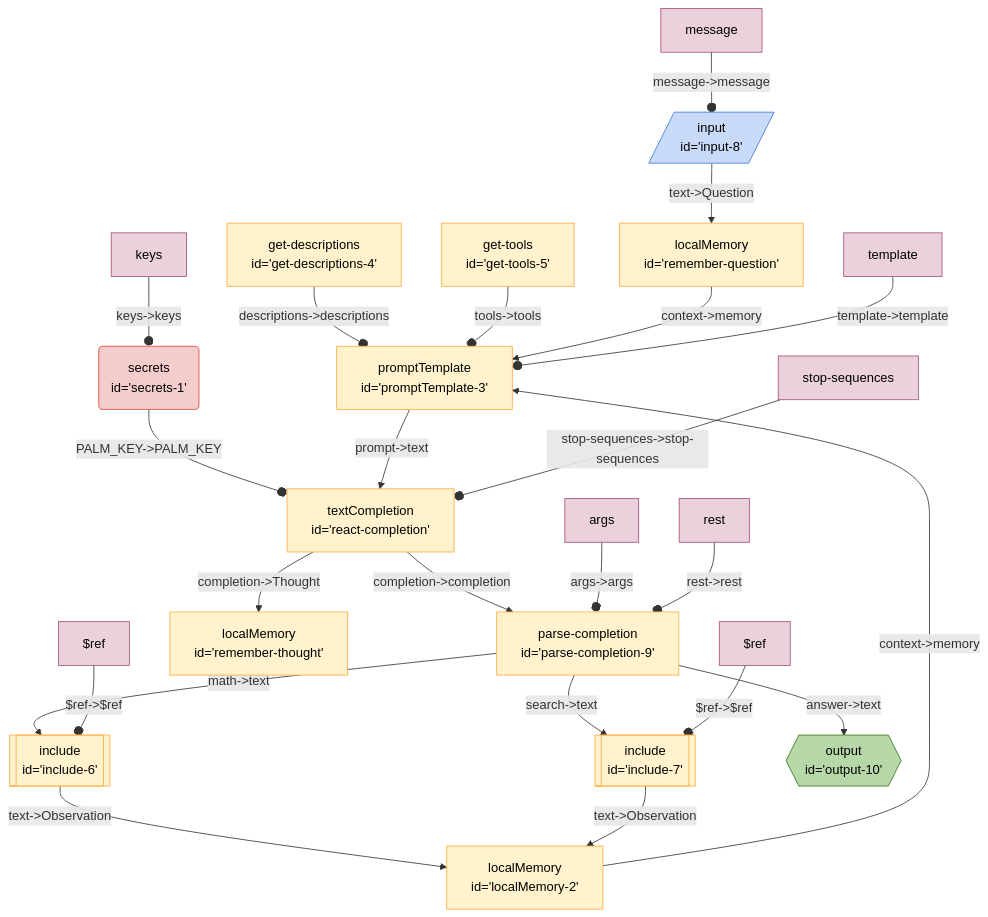
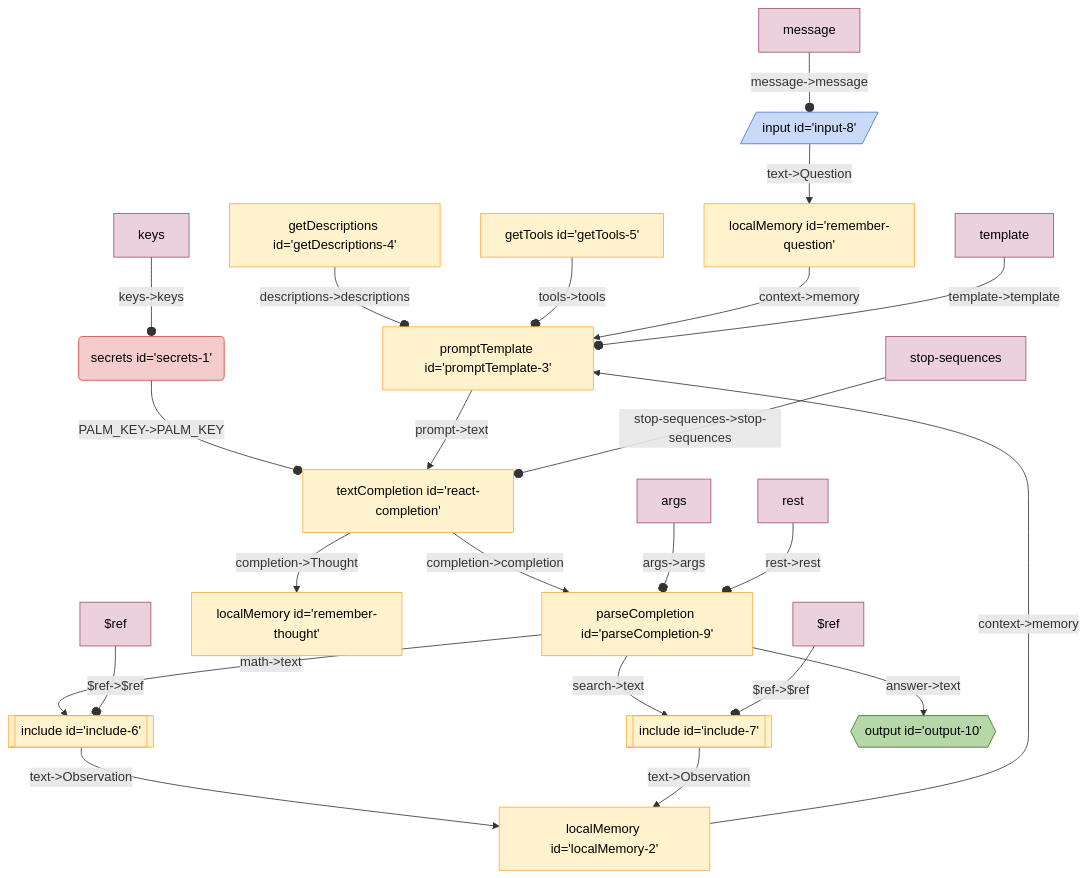
Before and after one commit to breadboard-ai/breadboard: the diagram in seeds/graph-playground/docs/graphs/react-with-include.md, drawn with Mermaid. The commit also changed 17 other files, not shown here.

Commit message:
nit: remove extranous line break in mermaid sources

````diff
--- a/seeds/graph-playground/docs/graphs/react-with-include.md
+++ b/seeds/graph-playground/docs/graphs/react-with-include.md
@@ -5,62 +5,34 @@
   ```mermaid
   %%{init: 'themeVariables': { 'fontFamily': 'Fira Code, monospace' }}%%
 graph TD;
-getdescriptions4["get-descriptions
-id='get-descriptions-4'"] -- "descriptions->descriptions" --o promptTemplate3["promptTemplate
-id='promptTemplate-3'"]
-gettools5["get-tools
-id='get-tools-5'"] -- "tools->tools" --o promptTemplate3["promptTemplate
-id='promptTemplate-3'"]
-localMemory2["localMemory
-id='localMemory-2'"] -- "context->memory" --> promptTemplate3["promptTemplate
-id='promptTemplate-3'"]
-secrets1("secrets
-id='secrets-1'"):::secrets -- "PALM_KEY->PALM_KEY" --o reactcompletion["textCompletion
-id='react-completion'"]
-include6[["include
-id='include-6'"]]:::include -- "text->Observation" --> localMemory2["localMemory
-id='localMemory-2'"]
-include7[["include
-id='include-7'"]]:::include -- "text->Observation" --> localMemory2["localMemory
-id='localMemory-2'"]
-parsecompletion9["parse-completion
-id='parse-completion-9'"] -- "search->text" --> include7[["include
-id='include-7'"]]:::include
-parsecompletion9["parse-completion
-id='parse-completion-9'"] -- "math->text" --> include6[["include
-id='include-6'"]]:::include
-parsecompletion9["parse-completion
-id='parse-completion-9'"] -- "answer->text" --> output10{{"output
-id='output-10'"}}:::output
-reactcompletion["textCompletion
-id='react-completion'"] -- "completion->completion" --> parsecompletion9["parse-completion
-id='parse-completion-9'"]
-reactcompletion["textCompletion
-id='react-completion'"] -- "completion->Thought" --> rememberthought["localMemory
-id='remember-thought'"]
-promptTemplate3["promptTemplate
-id='promptTemplate-3'"] -- "prompt->text" --> reactcompletion["textCompletion
-id='react-completion'"]
-rememberquestion["localMemory
-id='remember-question'"] -- "context->memory" --> promptTemplate3["promptTemplate
-id='promptTemplate-3'"]
-input8[/"input
-id='input-8'"/]:::input -- "text->Question" --> rememberquestion["localMemory
-id='remember-question'"]
+getDescriptions4["getDescriptions id='getDescriptions-4'"] -- "descriptions->descriptions" --o promptTemplate3["promptTemplate id='promptTemplate-3'"]
+getTools5["getTools id='getTools-5'"] -- "tools->tools" --o promptTemplate3["promptTemplate id='promptTemplate-3'"]
+localMemory2["localMemory id='localMemory-2'"] -- "context->memory" --> promptTemplate3["promptTemplate id='promptTemplate-3'"]
+secrets1("secrets id='secrets-1'"):::secrets -- "PALM_KEY->PALM_KEY" --o reactcompletion["textCompletion id='react-completion'"]
+include6[["include id='include-6'"]]:::include -- "text->Observation" --> localMemory2["localMemory id='localMemory-2'"]
+include7[["include id='include-7'"]]:::include -- "text->Observation" --> localMemory2["localMemory id='localMemory-2'"]
+parseCompletion9["parseCompletion id='parseCompletion-9'"] -- "search->text" --> include7[["include id='include-7'"]]:::include
+parseCompletion9["parseCompletion id='parseCompletion-9'"] -- "math->text" --> include6[["include id='include-6'"]]:::include
+parseCompletion9["parseCompletion id='parseCompletion-9'"] -- "answer->text" --> output10{{"output id='output-10'"}}:::output
+reactcompletion["textCompletion id='react-completion'"] -- "completion->completion" --> parseCompletion9["parseCompletion id='parseCompletion-9'"]
+reactcompletion["textCompletion id='react-completion'"] -- "completion->Thought" --> rememberthought["localMemory id='remember-thought'"]
+promptTemplate3["promptTemplate id='promptTemplate-3'"] -- "prompt->text" --> reactcompletion["textCompletion id='react-completion'"]
+rememberquestion["localMemory id='remember-question'"] -- "context->memory" --> promptTemplate3["promptTemplate id='promptTemplate-3'"]
+input8[/"input id='input-8'"/]:::input -- "text->Question" --> rememberquestion["localMemory id='remember-question'"]
 keyssecrets1[keys]:::config -- "keys->keys" --o secrets1
 templatepromptTemplate3[template]:::config -- "template->template" --o promptTemplate3
 stopsequencesreactcompletion[stop-sequences]:::config -- "stop-sequences->stop-sequences" --o reactcompletion
 $refinclude6[$ref]:::config -- "$ref->$ref" --o include6
 $refinclude7[$ref]:::config -- "$ref->$ref" --o include7
 messageinput8[message]:::config -- "message->message" --o input8
-argsparsecompletion9[args]:::config -- "args->args" --o parsecompletion9
-restparsecompletion9[rest]:::config -- "rest->rest" --o parsecompletion9
+argsparseCompletion9[args]:::config -- "args->args" --o parseCompletion9
+restparseCompletion9[rest]:::config -- "rest->rest" --o parseCompletion9
 classDef default stroke:#ffab40,fill:#fff2ccff,color:#000
 classDef input stroke:#3c78d8,fill:#c9daf8ff,color:#000
 classDef output stroke:#38761d,fill:#b6d7a8ff,color:#000
 classDef passthrough stroke:#a64d79,fill:#ead1dcff,color:#000
 classDef slot stroke:#a64d79,fill:#ead1dcff,color:#000
 classDef config stroke:#a64d79,fill:#ead1dcff,color:#000
 classDef secrets stroke:#db4437,fill:#f4cccc,color:#000
 classDef slotted stroke:#a64d79
   ```
````
